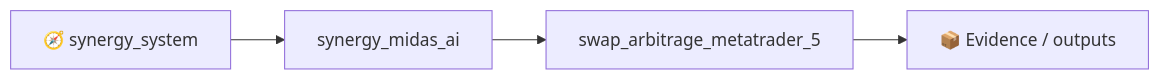
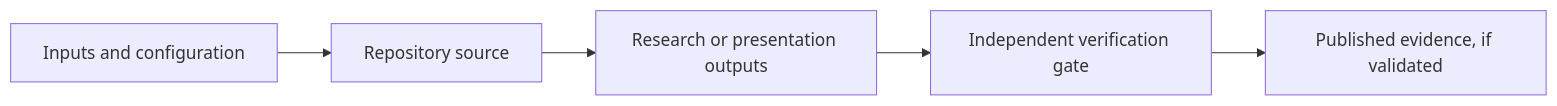
One commit to Shtenco/swap_arbitrage_metatrader_5 changed the diagram in README.md. Above: the diagram before and after it, drawn with Mermaid. The commit also changed other lines of this file and 2 other files, not shown here.

First line of the commit message:
docs: editorial README and vector architecture identity (#1)

````diff
--- a/README.md
+++ b/README.md
@@ -387,6 +27,7 @@
 ```mermaid
 flowchart LR
-    SYS[🧭 synergy_system] --> P[synergy_midas_ai]
-    P --> THIS[swap_arbitrage_metatrader_5]
-    THIS --> E[📦 Evidence / outputs]
+ A[Inputs and configuration] --> B[Repository source]
+ B --> C[Research or presentation outputs]
+ C --> D[Independent verification gate]
+ D --> E[Published evidence, if validated]
 ```
````
